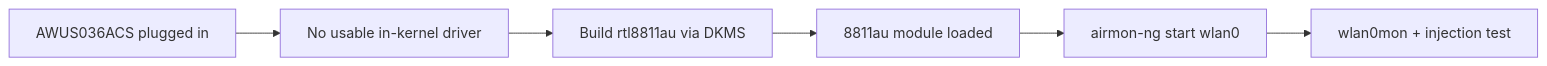
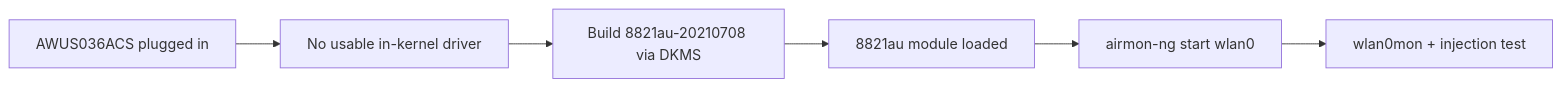
Before and after one commit to yopitek/yupitek-wiki: the diagram in i18n/zh-CN/docusaurus-plugin-content-docs/current/01-alfa-network/drivers/rtl8811au/index.md, drawn with Mermaid. The commit also changed other lines of this file and 9 other files, not shown here.

````diff
--- a/i18n/zh-CN/docusaurus-plugin-content-docs/current/01-alfa-network/drivers/rtl8811au/index.md
+++ b/i18n/zh-CN/docusaurus-plugin-content-docs/current/01-alfa-network/drivers/rtl8811au/index.md
@@ -20,8 +20,8 @@
 ```mermaid
 flowchart LR
     A["AWUS036ACS plugged in"] --> B["No usable in-kernel driver"]
-    B --> C["Build rtl8811au via DKMS"]
-    C --> D["8811au module loaded"]
+    B --> C["Build 8821au-20210708 via DKMS"]
+    C --> D["8821au module loaded"]
     D --> E["airmon-ng start wlan0"]
     E --> F["wlan0mon + injection test"]
 ```
````
